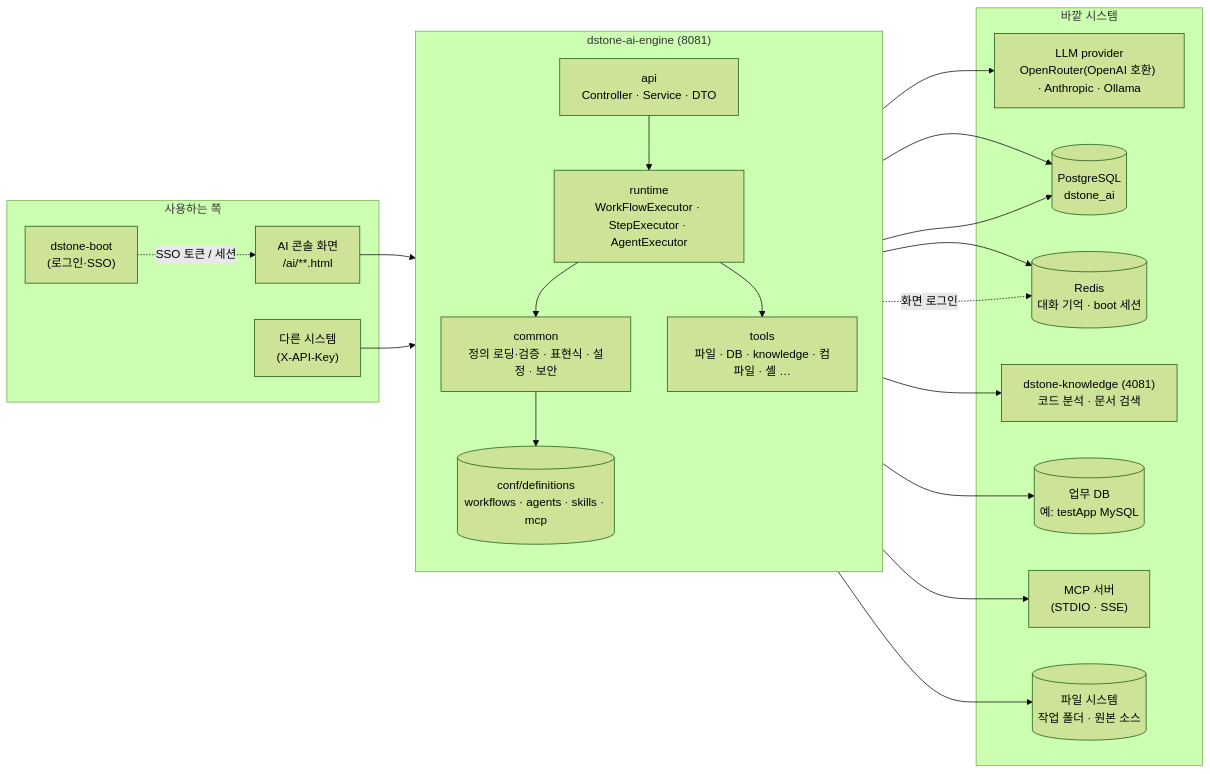
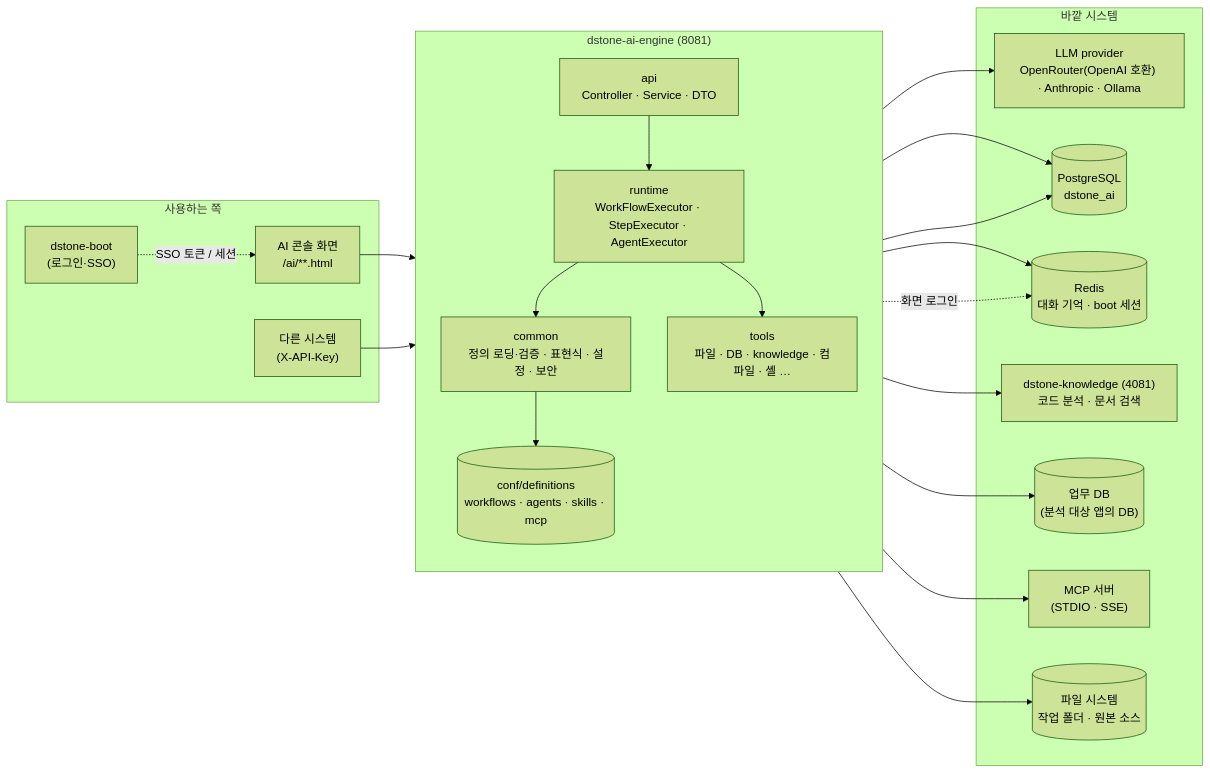
One commit to YongSoekChoeng/dstone changed the first of 11 diagrams in docs/09.dstone-ai-engine.md. Above: the diagram before and after it, drawn with Mermaid (forest theme). The commit also changed other lines of this file and 3 other files, not shown here.

First line of the commit message:
docs: 특정 앱(testApp) 설명 정리, Windows Playwright MCP 설치(C:\DEV\UTIL\Playwright-mcp)

````diff
--- a/docs/09.dstone-ai-engine.md
+++ b/docs/09.dstone-ai-engine.md
@@ -77,44 +77,44 @@
 ```mermaid
 flowchart LR
     subgraph 사용자쪽["사용하는 쪽"]
         UI["AI 콘솔 화면<br/>/ai/**.html"]
         EXT["다른 시스템<br/>(X-API-Key)"]
         BOOT["dstone-boot<br/>(로그인·SSO)"]
     end
 
     subgraph ENGINE["dstone-ai-engine (8081)"]
         direction TB
         API["api<br/>Controller · Service · DTO"]
         RUN["runtime<br/>WorkFlowExecutor · StepExecutor · AgentExecutor"]
         COM["common<br/>정의 로딩·검증 · 표현식 · 설정 · 보안"]
         TOOLS["tools<br/>파일 · DB · knowledge · 컴파일 · 셸 …"]
         DEF[("conf/definitions<br/>workflows · agents · skills · mcp")]
     end
 
     subgraph 외부["바깥 시스템"]
         LLM["LLM provider<br/>OpenRouter(OpenAI 호환) · Anthropic · Ollama"]
         PG[("PostgreSQL<br/>dstone_ai")]
         REDIS[("Redis<br/>대화 기억 · boot 세션")]
         KN["dstone-knowledge (4081)<br/>코드 분석 · 문서 검색"]
-        TDB[("업무 DB<br/>예: testApp MySQL")]
+        TDB[("업무 DB<br/>(분석 대상 앱의 DB)")]
         MCP["MCP 서버<br/>(STDIO · SSE)"]
         FS[("파일 시스템<br/>작업 폴더 · 원본 소스")]
     end
 
     UI --> API
     EXT --> API
     BOOT -. SSO 토큰 / 세션 .-> UI
     API --> RUN
     RUN --> COM
     COM --> DEF
     RUN --> TOOLS
     RUN --> LLM
     RUN --> PG
     API --> PG
     RUN --> REDIS
     API -. 화면 로그인 .-> REDIS
     TOOLS --> KN
     TOOLS --> TDB
     TOOLS --> FS
     TOOLS --> MCP
 ```
````
